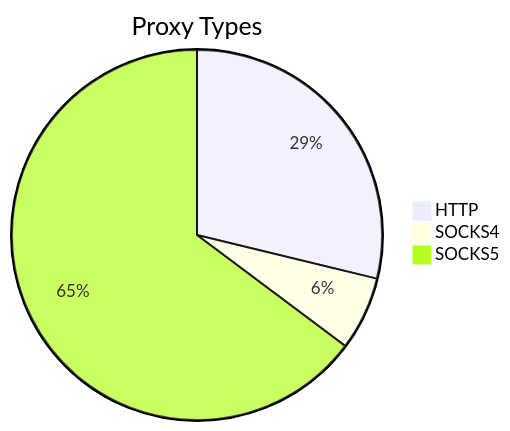
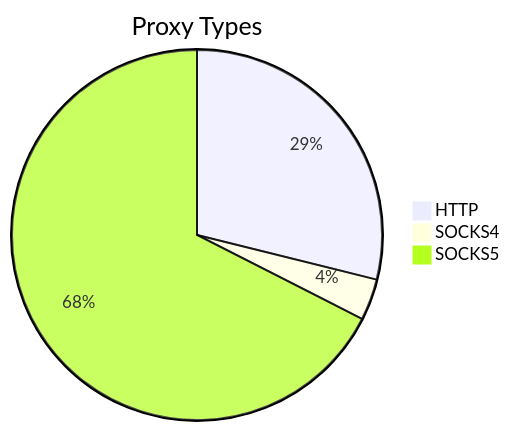
One commit to stormsia/proxy-list changed the first of 2 diagrams in README.md. Above: the diagram before and after it, drawn with Mermaid. The commit also changed other lines of this file, not shown here.

````diff
--- a/README.md
+++ b/README.md
@@ -21,6 +21,6 @@
 ```mermaid
 pie title Proxy Types
-    "HTTP" : 304
-    "SOCKS4" : 68
-    "SOCKS5" : 684
+    "HTTP" : 216
+    "SOCKS4" : 27
+    "SOCKS5" : 505
 ```
````
